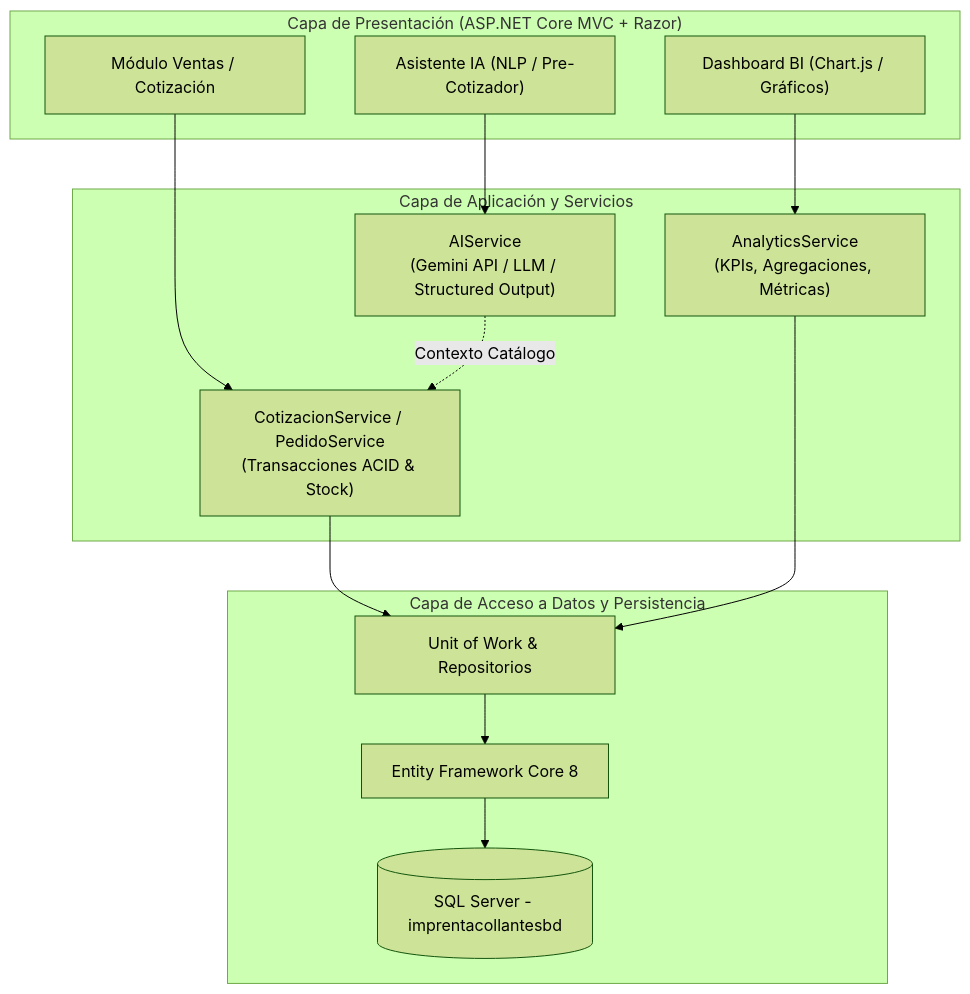
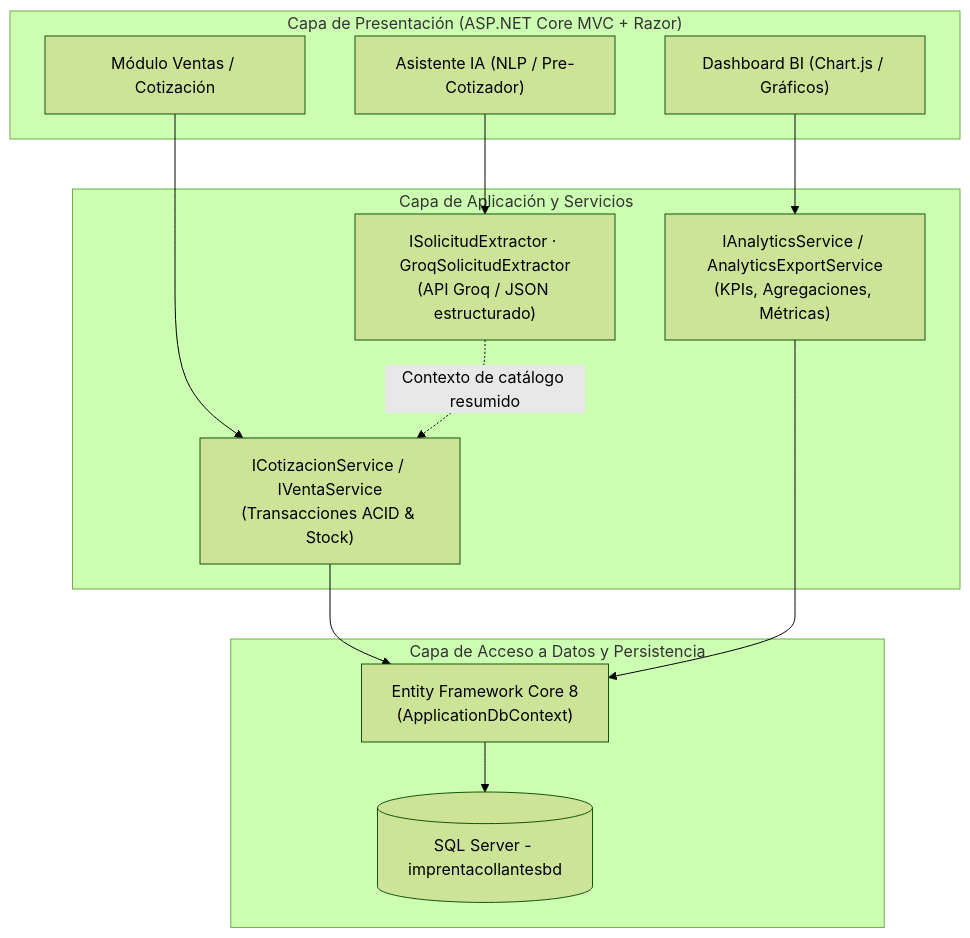
Before and after one commit to ArchiAgustin/imprenta_collantes: the diagram in Documentacion/REQUERIMIENTOS_SISTEMA.md, drawn with Mermaid (forest theme). The commit also changed other lines of this file and 217 other files, not shown here.

````diff
--- a/Documentacion/REQUERIMIENTOS_SISTEMA.md
+++ b/Documentacion/REQUERIMIENTOS_SISTEMA.md
@@ -19,30 +21,29 @@
 ```mermaid
 flowchart TD
     subgraph UI["Capa de Presentación (ASP.NET Core MVC + Razor)"]
         Ventas["Módulo Ventas / Cotización"]
         DashView["Dashboard BI (Chart.js / Gráficos)"]
         AIPanel["Asistente IA (NLP / Pre-Cotizador)"]
     end
 
     subgraph AppService["Capa de Aplicación y Servicios"]
-        VentaService["CotizacionService / PedidoService\n(Transacciones ACID & Stock)"]
-        BIService["AnalyticsService\n(KPIs, Agregaciones, Métricas)"]
-        AIService["AIService\n(Gemini API / LLM / Structured Output)"]
+        VentaService["ICotizacionService / IVentaService\n(Transacciones ACID & Stock)"]
+        BIService["IAnalyticsService / AnalyticsExportService\n(KPIs, Agregaciones, Métricas)"]
+        AIService["ISolicitudExtractor · GroqSolicitudExtractor\n(API Groq / JSON estructurado)"]
     end
 
     subgraph DataLayer["Capa de Acceso a Datos y Persistencia"]
-        UoW["Unit of Work & Repositorios"]
-        EF["Entity Framework Core 8"]
+        EF["Entity Framework Core 8\n(ApplicationDbContext)"]
         DB[(SQL Server - imprentacollantesbd)]
     end
 
     Ventas --> VentaService
     DashView --> BIService
     AIPanel --> AIService
-    
-    VentaService --> UoW
-    BIService --> UoW
-    UoW --> EF --> DB
-    
-    AIService -.->|Contexto Catálogo| VentaService
+
+    VentaService --> EF
+    BIService --> EF
+    EF --> DB
+
+    AIService -.->|Contexto de catálogo resumido| VentaService
 ```
````
